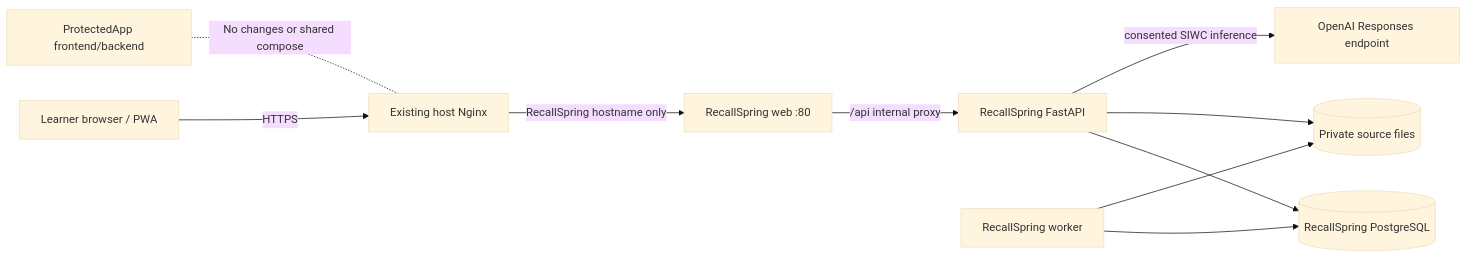
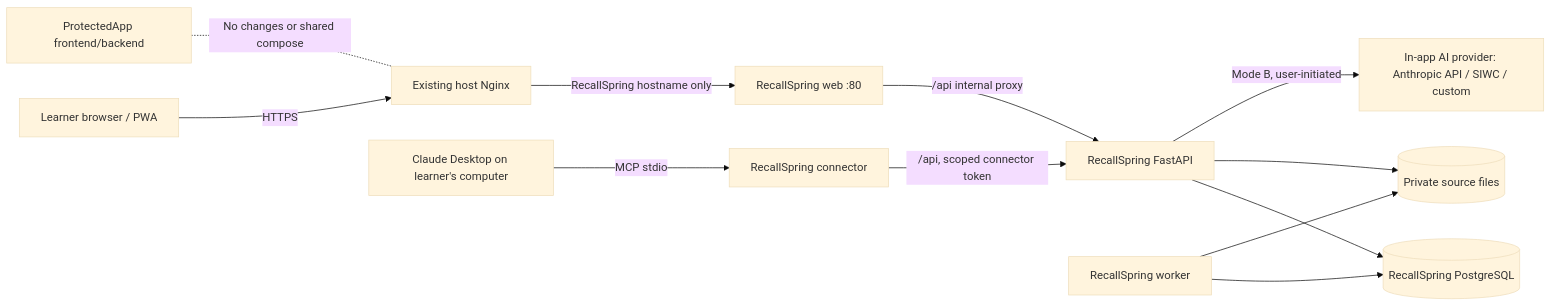
The diagram in docs/02-ARCHITECTURE.md (kek-tilen/RecallSpring), drawn with Mermaid (base theme) before and after one commit. The commit also changed other lines of this file and 15 other files, not shown here.

First line of the commit message:
Revise AI design: Claude connector plus pluggable providers

````diff
--- a/docs/02-ARCHITECTURE.md
+++ b/docs/02-ARCHITECTURE.md
@@ -27,12 +27,14 @@
 ```mermaid
 flowchart LR
   U[Learner browser / PWA] -->|HTTPS| N[Existing host Nginx]
   N -->|RecallSpring hostname only| W[RecallSpring web :80]
   W -->|/api internal proxy| B[RecallSpring FastAPI]
   B --> D[(RecallSpring PostgreSQL)]
   B --> F[(Private source files)]
   J[RecallSpring worker] --> D
   J --> F
-  B -->|consented SIWC inference| O[OpenAI Responses endpoint]
+  C[Claude Desktop on learner's computer] -->|MCP stdio| M[RecallSpring connector]
+  M -->|/api, scoped connector token| B
+  B -->|Mode B, user-initiated| O[In-app AI provider: Anthropic API / SIWC / custom]
   X[ProtectedApp frontend/backend] -. "No changes or shared compose" .- N
 ```
````
